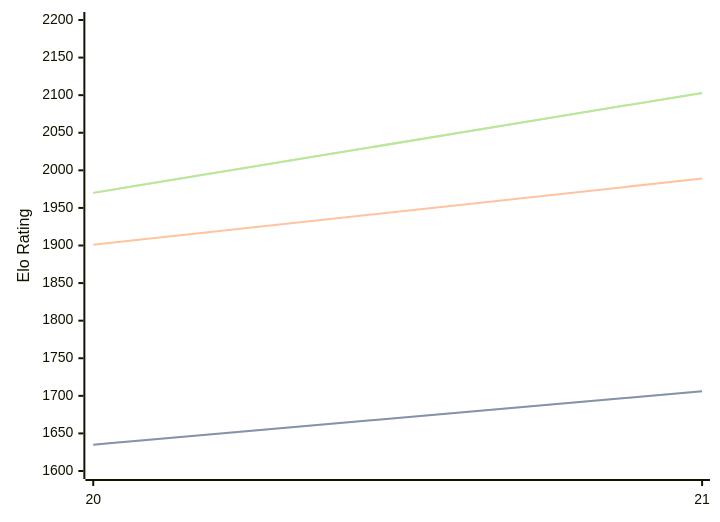
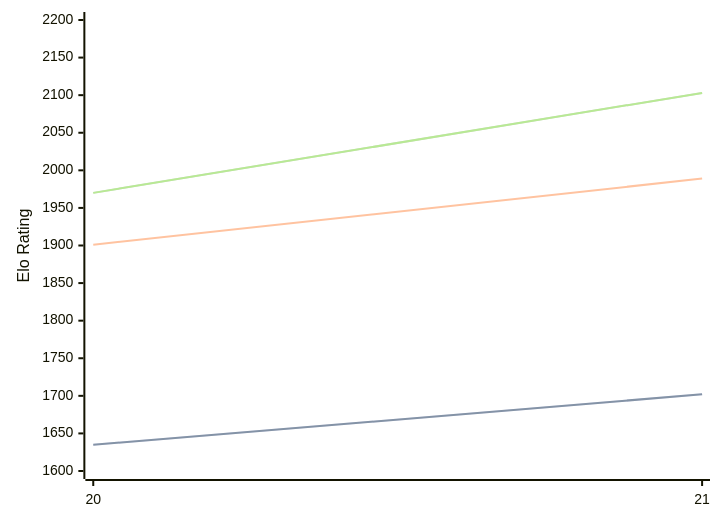
Before and after one commit to computer-chess-index/cci: the diagram in engines/PurplePanda.md, drawn with Mermaid. The commit also changed other lines of this file, not shown here.

````diff
--- a/engines/PurplePanda.md
+++ b/engines/PurplePanda.md
@@ -40,11 +40,11 @@
 ```mermaid
 %%{init: {"theme":"base","themeVariables":{"seriesColors:['#a3a3a3','#222221','#faa371']}}}%%
 xychart-beta
   x-axis ["20", "21"]
   y-axis "Elo Rating" 1600 --> 2200
-  line "STC (8.0+0.08s)" [1635, 1706]
-  line "STC (8.0+0.08s)" [1635, 1706]
+  line "STC (8.0+0.08s)" [1635, 1702]
+  line "STC (8.0+0.08s)" [1635, 1702]
   line "LTC (60.0+0.60s)" [1901, 1989]
   line "VLTC (2m24s+1.12s)" [1970, 2103]
   line "VLTC (2m24s+1.12s)" [1970, 2103]
 ```
````
